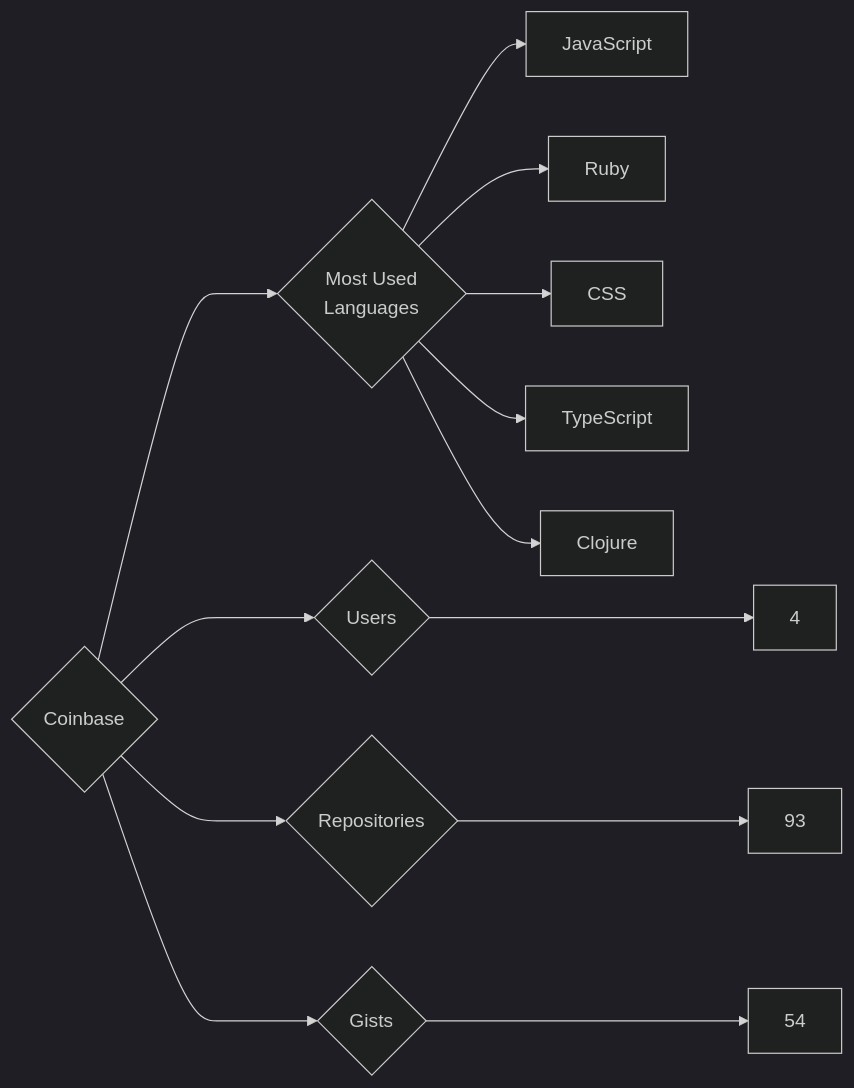
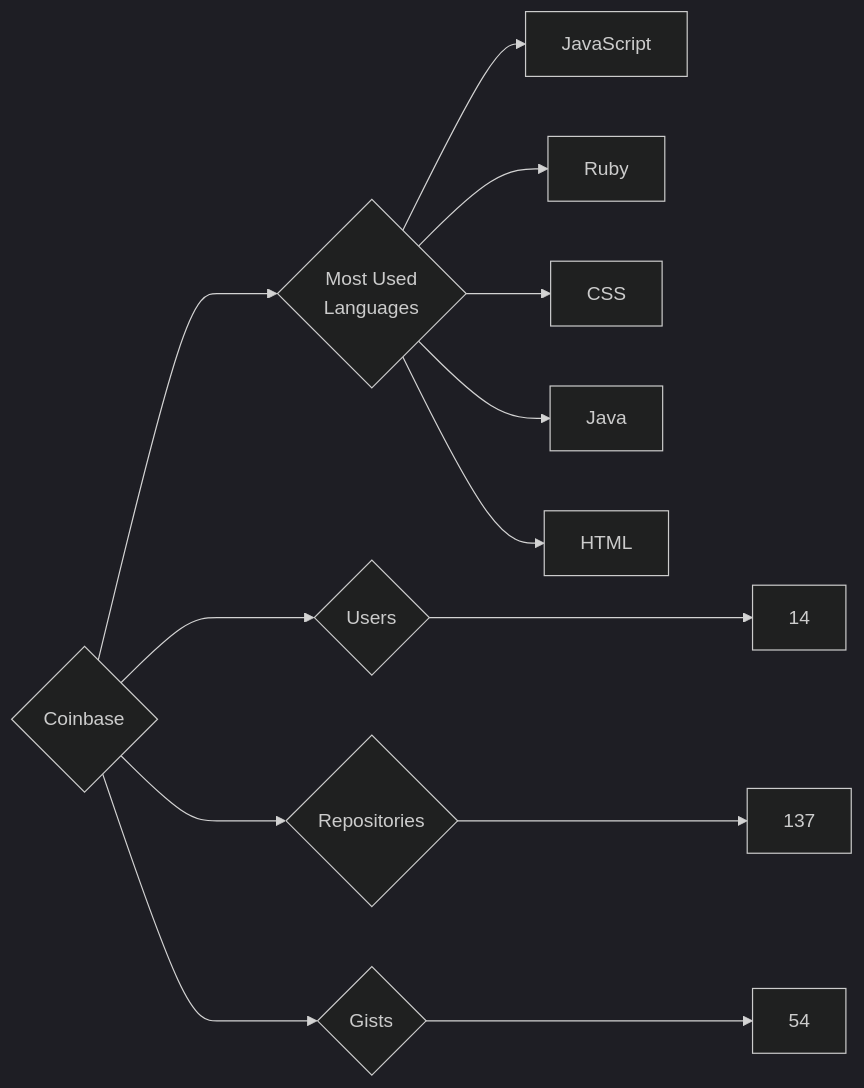
Before and after one commit to trickest/insiders: the diagram in targets/Coinbase/README.md, drawn with Mermaid (dark theme). The commit also changed 644 other files, not shown here.

````diff
--- a/targets/Coinbase/README.md
+++ b/targets/Coinbase/README.md
@@ -3,13 +3,13 @@
 ```mermaid
 graph LR
 COMPANY_NAME{Coinbase}
-COMPANY_NAME ---> U{Users} ---> UN[4]
-COMPANY_NAME ---> R{Repositories} ---> RN[93]
+COMPANY_NAME ---> U{Users} ---> UN[14]
+COMPANY_NAME ---> R{Repositories} ---> RN[137]
 COMPANY_NAME ---> G{Gists} ---> GN[54]
 COMPANY_NAME ---> ML{Most Used<br>Languages}
 ML --> JavaScript[JavaScript]
 ML --> Ruby[Ruby]
 ML --> CSS[CSS]
-ML --> TypeScript[TypeScript]
-ML --> Clojure[Clojure]
+ML --> Java[Java]
+ML --> HTML[HTML]
 ```
````
